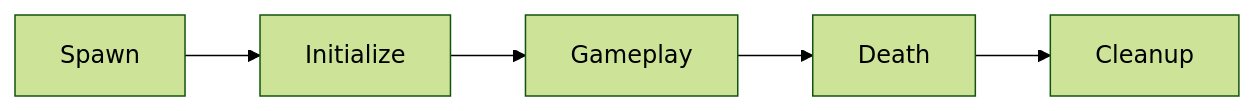
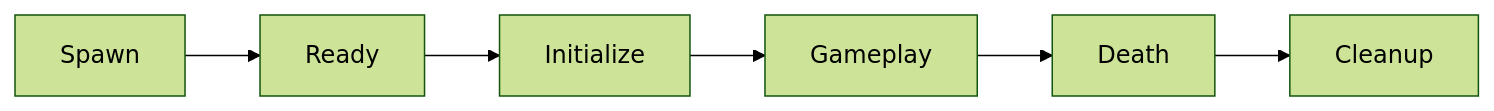
One commit to iamai74/project-echo changed the diagram in docs/architecture/actor.md. Above: the diagram before and after it, drawn with Mermaid (forest theme). The commit also changed other lines of this file and 25 other files, not shown here.

````diff
--- a/docs/architecture/actor.md
+++ b/docs/architecture/actor.md
@@ -123,5 +185,5 @@
 ```mermaid
 flowchart LR
 
-Spawn --> Initialize --> Gameplay --> Death --> Cleanup
+Spawn --> Ready --> Initialize --> Gameplay --> Death --> Cleanup
 ```
````
